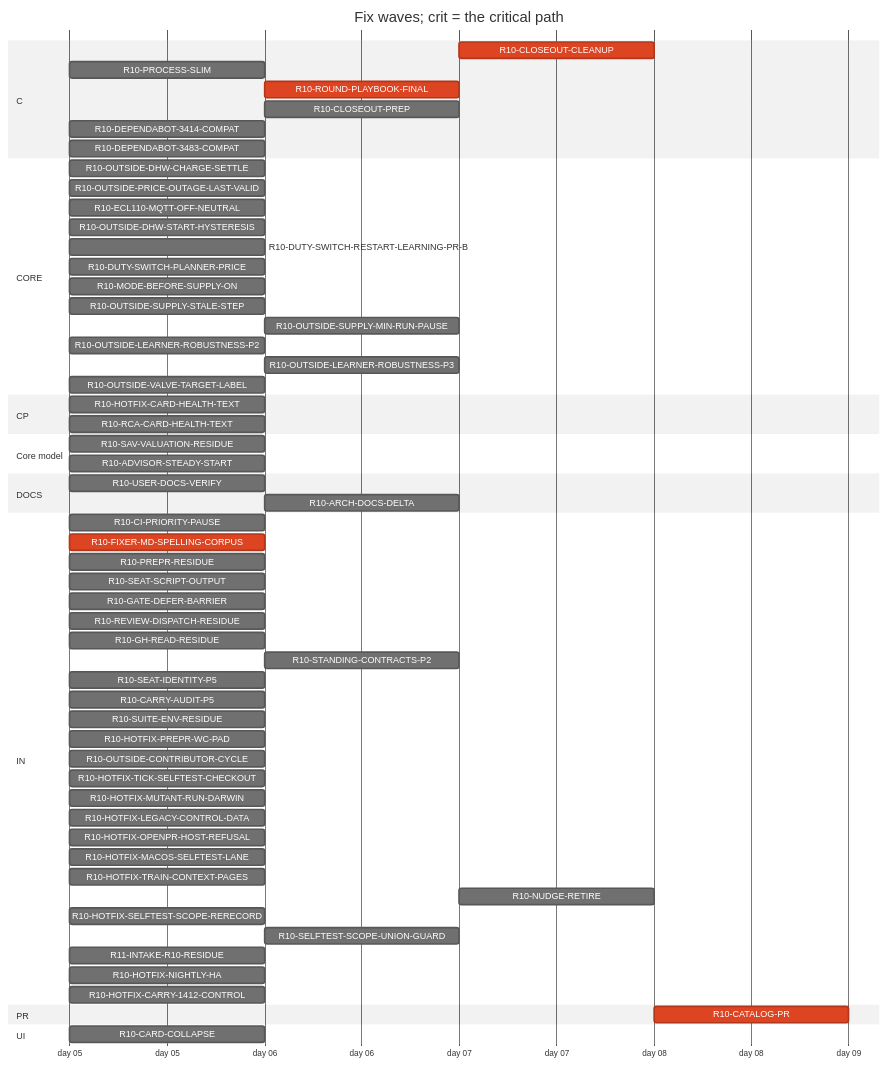
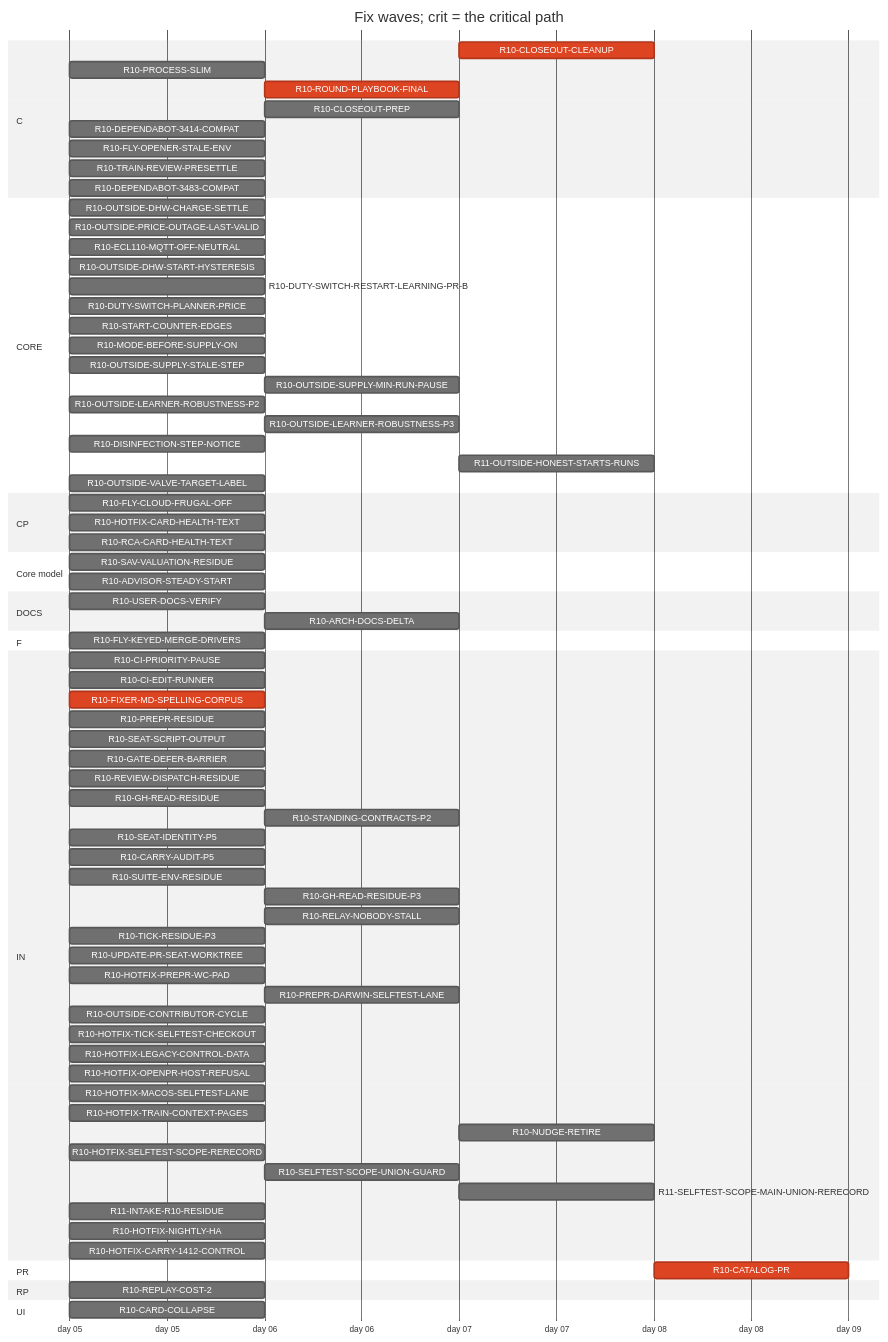
Before and after one commit to tvofi/heatpump_optimizer: the diagram in handoff/round10/state/PLAN-TABLE.md, drawn with Mermaid (neutral theme). The commit also changed other lines of this file and 3 other files, not shown here.

Commit message:
state: FLOW-BOARD.md, NEXT-SESSION-PROMPT.md, PLAN-TABLE.md, RESUME-CURRENT.md regenerated (state_docs.py)

````diff
--- a/handoff/round10/state/PLAN-TABLE.md
+++ b/handoff/round10/state/PLAN-TABLE.md
@@ -21,65 +23,81 @@
 ```mermaid
 gantt
   title Fix waves; crit = the critical path
   dateFormat YYYY-MM-DD
   axisFormat day %d
   section C
     R10-CLOSEOUT-CLEANUP :crit, r10CLOSEOUTCLEANUP, after r10USERDOCSVERIFY r10ROUNDPLAYBOOKFINAL r10CLOSEOUTPREP r10ARCHDOCSDELTA, 1d
     R10-PROCESS-SLIM :r10PROCESSSLIM, 2026-01-05, 1d
     R10-ROUND-PLAYBOOK-FINAL :crit, r10ROUNDPLAYBOOKFINAL, after r10FIXERMDSPELLINGCORPUS, 1d
     R10-CLOSEOUT-PREP :r10CLOSEOUTPREP, after r10FIXERMDSPELLINGCORPUS, 1d
     R10-DEPENDABOT-3414-COMPAT :r10DEPENDABOT3414COMPAT, 2026-01-05, 1d
+    R10-FLY-OPENER-STALE-ENV :r10FLYOPENERSTALEENV, 2026-01-05, 1d
+    R10-TRAIN-REVIEW-PRESETTLE :r10TRAINREVIEWPRESETTLE, 2026-01-05, 1d
     R10-DEPENDABOT-3483-COMPAT :r10DEPENDABOT3483COMPAT, 2026-01-05, 1d
   section CORE
     R10-OUTSIDE-DHW-CHARGE-SETTLE :r10OUTSIDEDHWCHARGESETTLE, 2026-01-05, 1d
     R10-OUTSIDE-PRICE-OUTAGE-LAST-VALID :r10OUTSIDEPRICEOUTAGELASTVALID, 2026-01-05, 1d
     R10-ECL110-MQTT-OFF-NEUTRAL :r10ECL110MQTTOFFNEUTRAL, 2026-01-05, 1d
     R10-OUTSIDE-DHW-START-HYSTERESIS :r10OUTSIDEDHWSTARTHYSTERESIS, 2026-01-05, 1d
     R10-DUTY-SWITCH-RESTART-LEARNING-PR-B :r10DUTYSWITCHRESTARTLEARNINGPRB, 2026-01-05, 1d
     R10-DUTY-SWITCH-PLANNER-PRICE :r10DUTYSWITCHPLANNERPRICE, 2026-01-05, 1d
+    R10-START-COUNTER-EDGES :r10STARTCOUNTEREDGES, 2026-01-05, 1d
     R10-MODE-BEFORE-SUPPLY-ON :r10MODEBEFORESUPPLYON, 2026-01-05, 1d
     R10-OUTSIDE-SUPPLY-STALE-STEP :r10OUTSIDESUPPLYSTALESTEP, 2026-01-05, 1d
     R10-OUTSIDE-SUPPLY-MIN-RUN-PAUSE :r10OUTSIDESUPPLYMINRUNPAUSE, after r10OUTSIDESUPPLYSTALESTEP, 1d
     R10-OUTSIDE-LEARNER-ROBUSTNESS-P2 :r10OUTSIDELEARNERROBUSTNESSP2, 2026-01-05, 1d
     R10-OUTSIDE-LEARNER-ROBUSTNESS-P3 :r10OUTSIDELEARNERROBUSTNESSP3, after r10OUTSIDELEARNERROBUSTNESSP2, 1d
+    R10-DISINFECTION-STEP-NOTICE :r10DISINFECTIONSTEPNOTICE, 2026-01-05, 1d
+    R11-OUTSIDE-HONEST-STARTS-RUNS :r11OUTSIDEHONESTSTARTSRUNS, after r10DUTYSWITCHPLANNERPRICE r10OUTSIDEDHWSTARTHYSTERESIS r10OUTSIDESUPPLYMINRUNPAUSE r10ADVISORSTEADYSTART, 1d
     R10-OUTSIDE-VALVE-TARGET-LABEL :r10OUTSIDEVALVETARGETLABEL, 2026-01-05, 1d
   section CP
+    R10-FLY-CLOUD-FRUGAL-OFF :r10FLYCLOUDFRUGALOFF, 2026-01-05, 1d
     R10-HOTFIX-CARD-HEALTH-TEXT :r10HOTFIXCARDHEALTHTEXT, 2026-01-05, 1d
     R10-RCA-CARD-HEALTH-TEXT :r10RCACARDHEALTHTEXT, 2026-01-05, 1d
   section Core model
     R10-SAV-VALUATION-RESIDUE :r10SAVVALUATIONRESIDUE, 2026-01-05, 1d
     R10-ADVISOR-STEADY-START :r10ADVISORSTEADYSTART, 2026-01-05, 1d
   section DOCS
     R10-USER-DOCS-VERIFY :r10USERDOCSVERIFY, 2026-01-05, 1d
     R10-ARCH-DOCS-DELTA :r10ARCHDOCSDELTA, after r10SAVVALUATIONRESIDUE r10ADVISORSTEADYSTART r10PROCESSSLIM, 1d
+  section F
+    R10-FLY-KEYED-MERGE-DRIVERS :r10FLYKEYEDMERGEDRIVERS, 2026-01-05, 1d
   section IN
     R10-CI-PRIORITY-PAUSE :r10CIPRIORITYPAUSE, 2026-01-05, 1d
+    R10-CI-EDIT-RUNNER :r10CIEDITRUNNER, 2026-01-05, 1d
     R10-FIXER-MD-SPELLING-CORPUS :crit, r10FIXERMDSPELLINGCORPUS, 2026-01-05, 1d
     R10-PREPR-RESIDUE :r10PREPRRESIDUE, 2026-01-05, 1d
     R10-SEAT-SCRIPT-OUTPUT :r10SEATSCRIPTOUTPUT, 2026-01-05, 1d
     R10-GATE-DEFER-BARRIER :r10GATEDEFERBARRIER, 2026-01-05, 1d
     R10-REVIEW-DISPATCH-RESIDUE :r10REVIEWDISPATCHRESIDUE, 2026-01-05, 1d
     R10-GH-READ-RESIDUE :r10GHREADRESIDUE, 2026-01-05, 1d
     R10-STANDING-CONTRACTS-P2 :r10STANDINGCONTRACTSP2, after r10FIXERMDSPELLINGCORPUS, 1d
     R10-SEAT-IDENTITY-P5 :r10SEATIDENTITYP5, 2026-01-05, 1d
     R10-CARRY-AUDIT-P5 :r10CARRYAUDITP5, 2026-01-05, 1d
     R10-SUITE-ENV-RESIDUE :r10SUITEENVRESIDUE, 2026-01-05, 1d
+    R10-GH-READ-RESIDUE-P3 :r10GHREADRESIDUEP3, after r10GHREADRESIDUE, 1d
+    R10-RELAY-NOBODY-STALL :r10RELAYNOBODYSTALL, after r10REVIEWDISPATCHRESIDUE, 1d
+    R10-TICK-RESIDUE-P3 :r10TICKRESIDUEP3, 2026-01-05, 1d
+    R10-UPDATE-PR-SEAT-WORKTREE :r10UPDATEPRSEATWORKTREE, 2026-01-05, 1d
     R10-HOTFIX-PREPR-WC-PAD :r10HOTFIXPREPRWCPAD, 2026-01-05, 1d
+    R10-PREPR-DARWIN-SELFTEST-LANE :r10PREPRDARWINSELFTESTLANE, after r10HOTFIXPREPRWCPAD, 1d
     R10-OUTSIDE-CONTRIBUTOR-CYCLE :r10OUTSIDECONTRIBUTORCYCLE, 2026-01-05, 1d
     R10-HOTFIX-TICK-SELFTEST-CHECKOUT :r10HOTFIXTICKSELFTESTCHECKOUT, 2026-01-05, 1d
-    R10-HOTFIX-MUTANT-RUN-DARWIN :r10HOTFIXMUTANTRUNDARWIN, 2026-01-05, 1d
     R10-HOTFIX-LEGACY-CONTROL-DATA :r10HOTFIXLEGACYCONTROLDATA, 2026-01-05, 1d
     R10-HOTFIX-OPENPR-HOST-REFUSAL :r10HOTFIXOPENPRHOSTREFUSAL, 2026-01-05, 1d
     R10-HOTFIX-MACOS-SELFTEST-LANE :r10HOTFIXMACOSSELFTESTLANE, 2026-01-05, 1d
     R10-HOTFIX-TRAIN-CONTEXT-PAGES :r10HOTFIXTRAINCONTEXTPAGES, 2026-01-05, 1d
     R10-NUDGE-RETIRE :r10NUDGERETIRE, after r10ROUNDPLAYBOOKFINAL, 1d
     R10-HOTFIX-SELFTEST-SCOPE-RERECORD :r10HOTFIXSELFTESTSCOPERERECORD, 2026-01-05, 1d
     R10-SELFTEST-SCOPE-UNION-GUARD :r10SELFTESTSCOPEUNIONGUARD, after r10HOTFIXSELFTESTSCOPERERECORD, 1d
+    R11-SELFTEST-SCOPE-MAIN-UNION-RERECORD :r11SELFTESTSCOPEMAINUNIONRERECORD, after r10SELFTESTSCOPEUNIONGUARD, 1d
     R11-INTAKE-R10-RESIDUE :r11INTAKER10RESIDUE, 2026-01-05, 1d
     R10-HOTFIX-NIGHTLY-HA :r10HOTFIXNIGHTLYHA, 2026-01-05, 1d
     R10-HOTFIX-CARRY-1412-CONTROL :r10HOTFIXCARRY1412CONTROL, 2026-01-05, 1d
   section PR
     R10-CATALOG-PR :crit, r10CATALOGPR, after r10USERDOCSVERIFY r10ROUNDPLAYBOOKFINAL r10CLOSEOUTCLEANUP r10CLOSEOUTPREP r10ARCHDOCSDELTA, 1d
+  section RP
+    R10-REPLAY-COST-2 :r10REPLAYCOST2, 2026-01-05, 1d
   section UI
     R10-CARD-COLLAPSE :r10CARDCOLLAPSE, 2026-01-05, 1d
 ```
````
